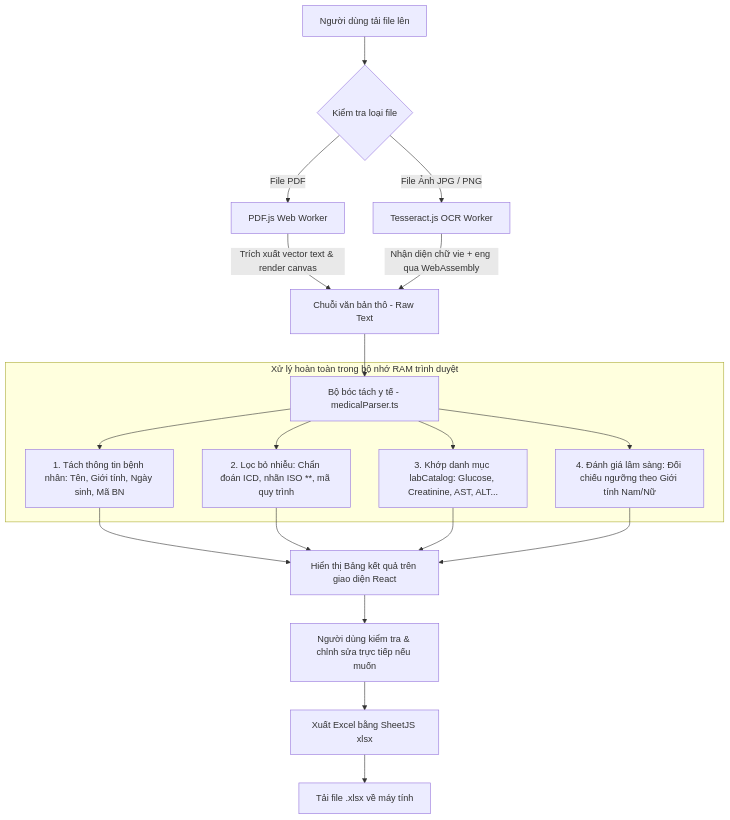
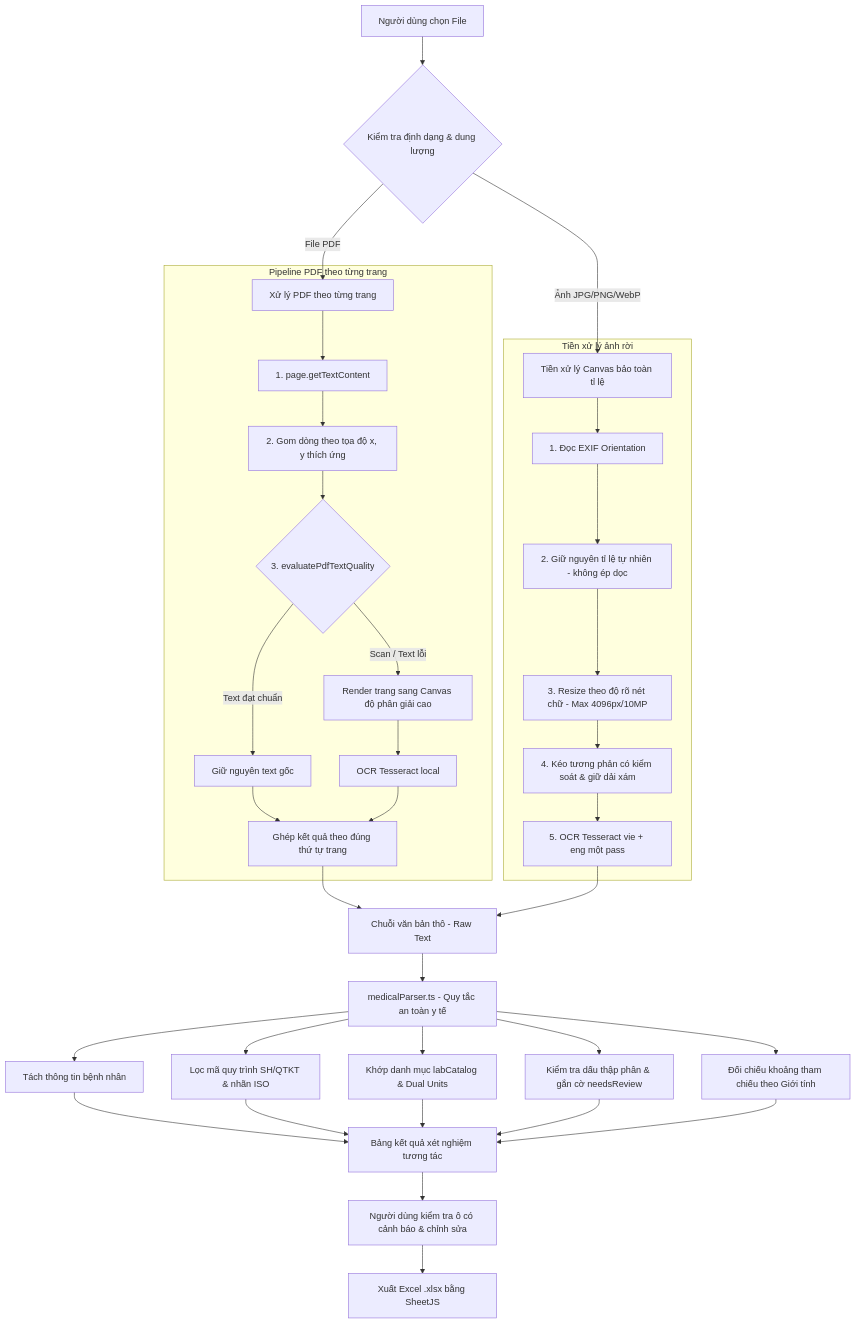
Before and after one commit to dat2309/ocr_pdf: the diagram in README.md, drawn with Mermaid. The commit also changed other lines of this file and 17 other files, not shown here.

````diff
--- a/README.md
+++ b/README.md
@@ -45,24 +42,40 @@
 ```mermaid
 flowchart TD
-    A[Người dùng tải file lên] --> B{Kiểm tra loại file}
+    A[Người dùng chọn File] --> B{Kiểm tra định dạng & dung lượng}
     
-    B -->|File PDF| C[PDF.js Web Worker]
-    B -->|File Ảnh JPG / PNG| D[Tesseract.js OCR Worker]
+    B -->|File PDF| C[Xử lý PDF theo từng trang]
+    B -->|Ảnh JPG/PNG/WebP| D[Tiền xử lý Canvas bảo toàn tỉ lệ]
     
-    C -->|Trích xuất vector text & render canvas| E[Chuỗi văn bản thô - Raw Text]
-    D -->|Nhận diện chữ vie + eng qua WebAssembly| E
-    
-    E --> F[Bộ bóc tách y tế - medicalParser.ts]
-    
-    subgraph Client Browser RAM [Xử lý hoàn toàn trong bộ nhớ RAM trình duyệt]
-        F --> F1[1. Tách thông tin bệnh nhân: Tên, Giới tính, Ngày sinh, Mã BN]
-        F --> F2[2. Lọc bỏ nhiễu: Chẩn đoán ICD, nhãn ISO **, mã quy trình]
-        F --> F3[3. Khớp danh mục labCatalog: Glucose, Creatinine, AST, ALT...]
-        F --> F4[4. Đánh giá lâm sàng: Đối chiếu ngưỡng theo Giới tính Nam/Nữ]
+    subgraph PDF_Processing [Pipeline PDF theo từng trang]
+        C --> C1[1. page.getTextContent]
+        C1 --> C2[2. Gom dòng theo tọa độ x, y thích ứng]
+        C2 --> C3{3. evaluatePdfTextQuality}
+        C3 -->|Text đạt chuẩn| C4[Giữ nguyên text gốc]
+        C3 -->|Scan / Text lỗi| C5[Render trang sang Canvas độ phân giải cao]
+        C5 --> C6[OCR Tesseract local]
+        C4 & C6 --> C7[Ghép kết quả theo đúng thứ tự trang]
     end
     
-    F1 & F2 & F3 & F4 --> G[Hiển thị Bảng kết quả trên giao diện React]
-    G --> H[Người dùng kiểm tra & chỉnh sửa trực tiếp nếu muốn]
-    H --> I[Xuất Excel bằng SheetJS xlsx]
-    I --> J[Tải file .xlsx về máy tính]
+    subgraph Image_Processing [Tiền xử lý ảnh rời]
+        D --> D1[1. Đọc EXIF Orientation]
+        D2[2. Giữ nguyên tỉ lệ tự nhiên - không ép dọc]
+        D3[3. Resize theo độ rõ nét chữ - Max 4096px/10MP]
+        D4[4. Kéo tương phản có kiểm soát & giữ dải xám]
+        D5[5. OCR Tesseract vie + eng một pass]
+        D1 --> D2 --> D3 --> D4 --> D5
+    end
+    
+    C7 --> E[Chuỗi văn bản thô - Raw Text]
+    D5 --> E
+    
+    E --> F[medicalParser.ts - Quy tắc an toàn y tế]
+    F --> F1[Tách thông tin bệnh nhân]
+    F --> F2[Lọc mã quy trình SH/QTKT & nhãn ISO]
+    F --> F3[Khớp danh mục labCatalog & Dual Units]
+    F --> F4[Kiểm tra dấu thập phân & gắn cờ needsReview]
+    F --> F5[Đối chiếu khoảng tham chiếu theo Giới tính]
+    
+    F1 & F2 & F3 & F4 & F5 --> G[Bảng kết quả xét nghiệm tương tác]
+    G --> H[Người dùng kiểm tra ô có cảnh báo & chỉnh sửa]
+    H --> I[Xuất Excel .xlsx bằng SheetJS]
 ```
````
